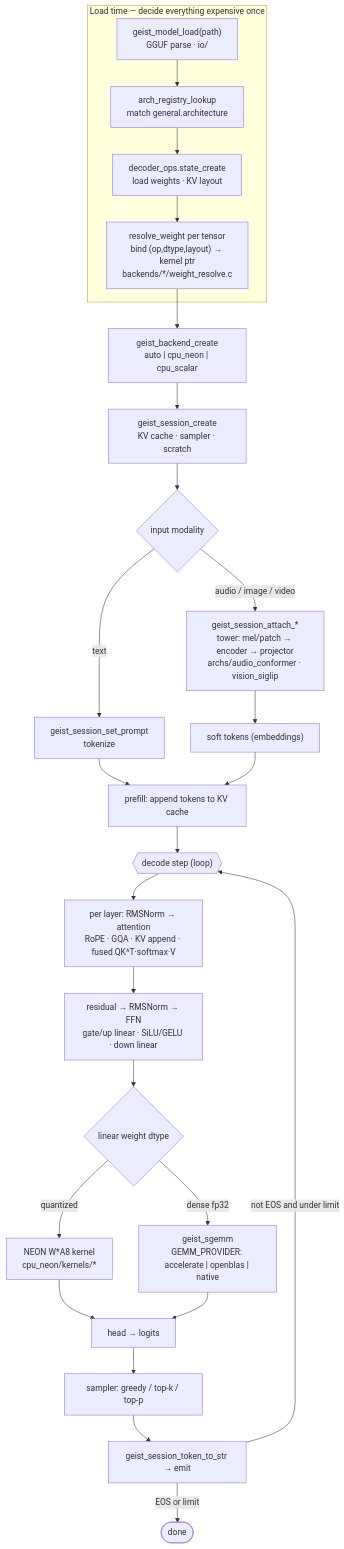
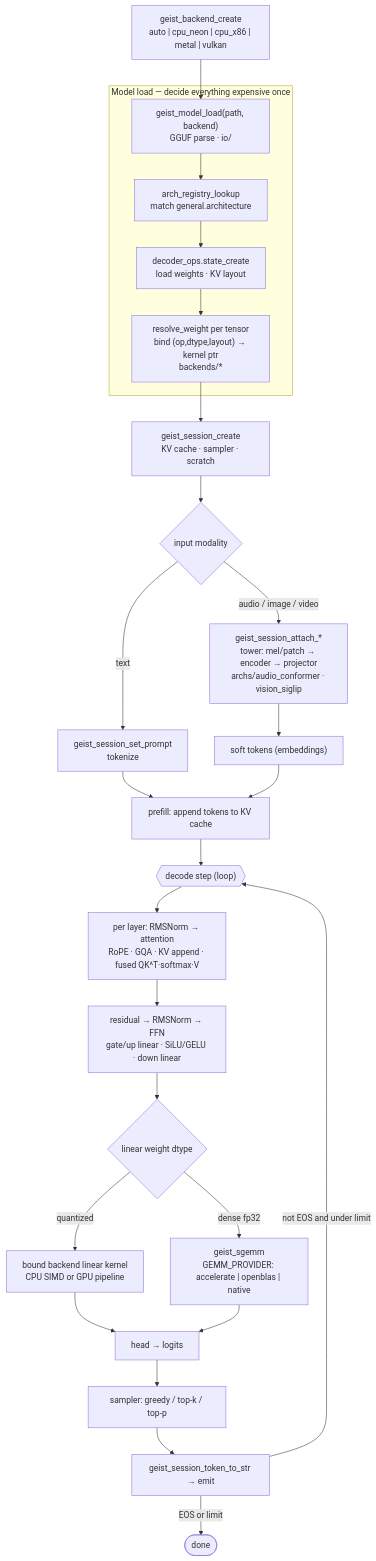
One commit to geisten/geistlib changed the diagram in docs/ARCHITECTURE.md. Above: the diagram before and after it, drawn with Mermaid. The commit also changed other lines of this file and 9 other files, not shown here.

Commit message:
docs: refresh runtime, CI, and C23 roadmap

````diff
--- a/docs/ARCHITECTURE.md
+++ b/docs/ARCHITECTURE.md
@@ -69,31 +69,33 @@
 ```mermaid
 flowchart TD
-    subgraph LOAD["Load time — decide everything expensive once"]
-        A["geist_model_load(path)<br/>GGUF parse · io/"] --> B["arch_registry_lookup<br/>match general.architecture"]
-        B --> C["decoder_ops.state_create<br/>load weights · KV layout"]
-        C --> D["resolve_weight per tensor<br/>bind (op,dtype,layout) → kernel ptr<br/>backends/*/weight_resolve.c"]
+    A["geist_backend_create<br/>auto | cpu_neon | cpu_x86 | metal | vulkan"]
+    subgraph LOAD["Model load — decide everything expensive once"]
+        B["geist_model_load(path, backend)<br/>GGUF parse · io/"]
+        B --> C["arch_registry_lookup<br/>match general.architecture"]
+        C --> D["decoder_ops.state_create<br/>load weights · KV layout"]
+        D --> E["resolve_weight per tensor<br/>bind (op,dtype,layout) → kernel ptr<br/>backends/*"]
     end
 
-    D --> E["geist_backend_create<br/>auto | cpu_neon | cpu_scalar"]
+    A --> B
     E --> F["geist_session_create<br/>KV cache · sampler · scratch"]
 
     F --> G{"input modality"}
     G -->|text| H["geist_session_set_prompt<br/>tokenize"]
     G -->|audio / image / video| I["geist_session_attach_*<br/>tower: mel/patch → encoder → projector<br/>archs/audio_conformer · vision_siglip"]
     I --> J["soft tokens (embeddings)"]
     H --> K["prefill: append tokens to KV cache"]
     J --> K
 
     K --> L{{"decode step (loop)"}}
     L --> M["per layer: RMSNorm → attention<br/>RoPE · GQA · KV append · fused QK^T·softmax·V"]
     M --> N["residual → RMSNorm → FFN<br/>gate/up linear · SiLU/GELU · down linear"]
     N --> O{"linear weight dtype"}
-    O -->|quantized| P["NEON W*A8 kernel<br/>cpu_neon/kernels/*"]
+    O -->|quantized| P["bound backend linear kernel<br/>CPU SIMD or GPU pipeline"]
     O -->|dense fp32| Q["geist_sgemm<br/>GEMM_PROVIDER: accelerate | openblas | native"]
     P --> R["head → logits"]
     Q --> R
     R --> S["sampler: greedy / top-k / top-p"]
     S --> T["geist_session_token_to_str → emit"]
     T -->|"not EOS and under limit"| L
     T -->|"EOS or limit"| U(["done"])
 ```
````
